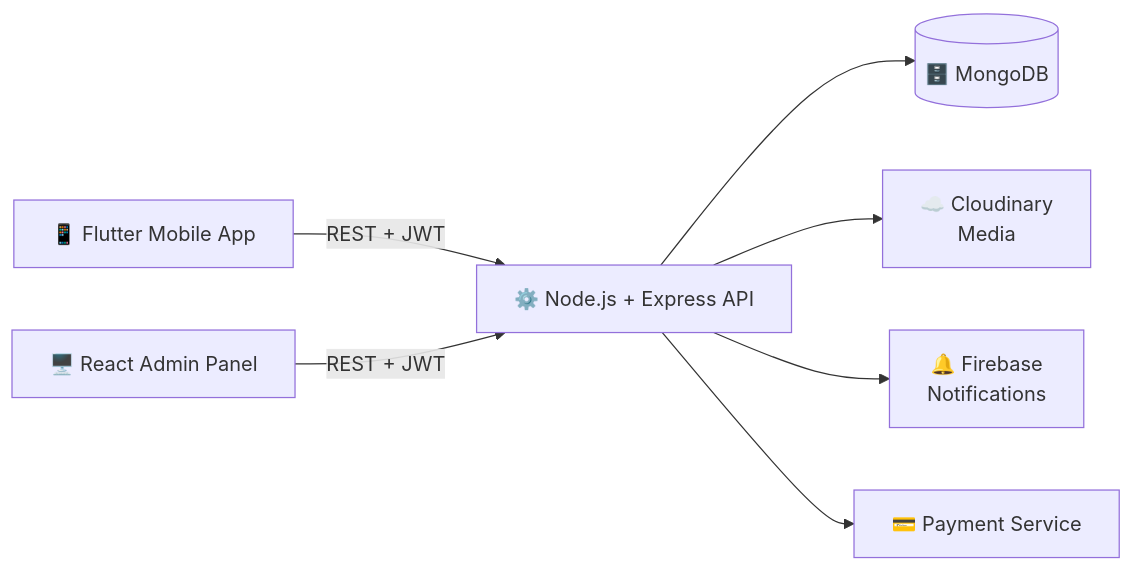
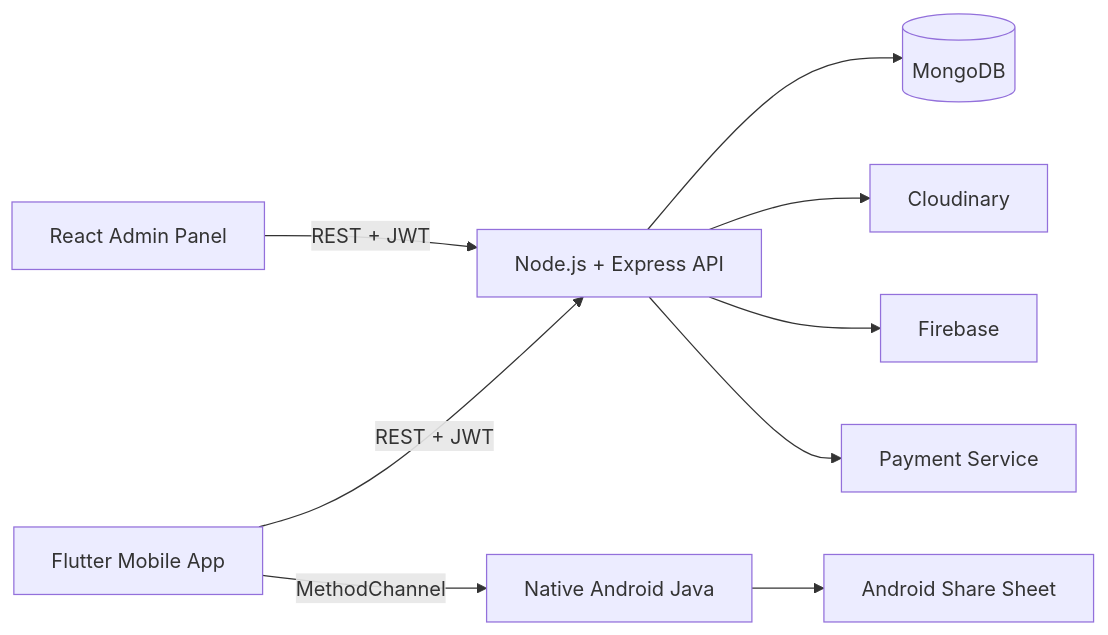
One commit to keshavappdev/handbag-luxe-fullstack changed the second of 3 diagrams in README.md. Above: the diagram before and after it, drawn with Mermaid. The commit also changed other lines of this file, not shown here.

````diff
--- a/README.md
+++ b/README.md
@@ -99,9 +217,11 @@
 ```mermaid
 flowchart LR
-    A["📱 Flutter Mobile App"] -->|REST + JWT| C
-    B["🖥️ React Admin Panel"] -->|REST + JWT| C
-    C["⚙️ Node.js + Express API"] --> D[("🗄️ MongoDB")]
-    C --> E["☁️ Cloudinary<br/>Media"]
-    C --> F["🔔 Firebase<br/>Notifications"]
-    C --> G["💳 Payment Service"]
+    A["Flutter Mobile App"] -->|REST + JWT| C["Node.js + Express API"]
+    B["React Admin Panel"] -->|REST + JWT| C
+    C --> D[("MongoDB")]
+    C --> E["Cloudinary"]
+    C --> F["Firebase"]
+    C --> G["Payment Service"]
+    A -->|MethodChannel| H["Native Android Java"]
+    H --> I["Android Share Sheet"]
 ```
````
